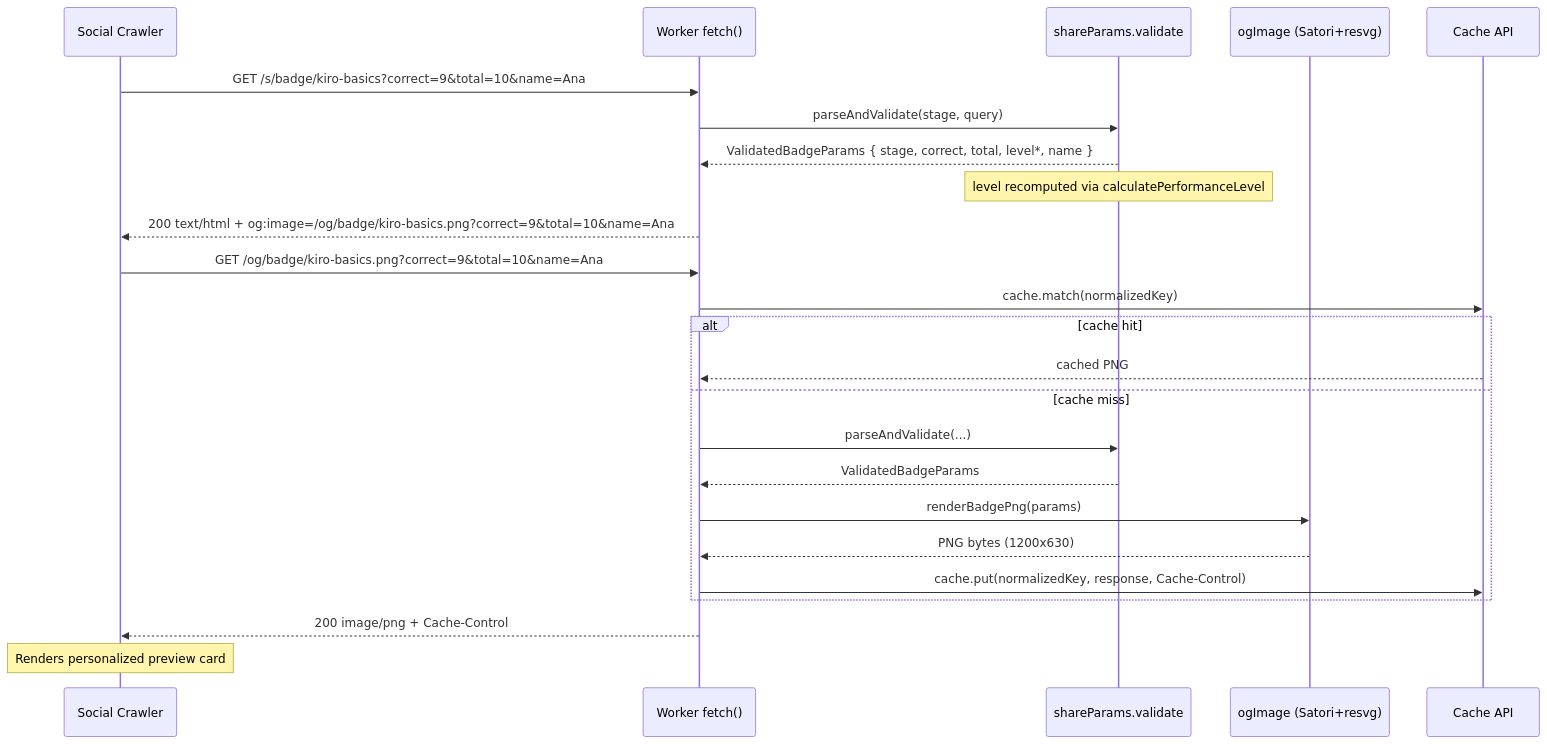
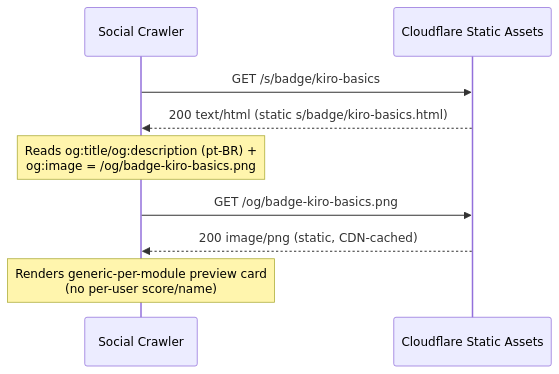
The second of 5 diagrams in .kiro/specs/dynamic-social-share-preview/design.md (gabrielgons/kiro-quest), drawn with Mermaid before and after one commit. The commit also changed other lines of this file and 3 other files, not shown here.

First line of the commit message:
docs: pivot social share preview spec to static build-time approach (no Cloudflare cost)

````diff
--- a/.kiro/specs/dynamic-social-share-preview/design.md
+++ b/.kiro/specs/dynamic-social-share-preview/design.md
@@ -147,27 +177,12 @@
 ```mermaid
 sequenceDiagram
     participant Bot as Social Crawler
-    participant W as Worker fetch()
-    participant V as shareParams.validate
-    participant R as ogImage (Satori+resvg)
-    participant C as Cache API
+    participant CDN as Cloudflare Static Assets
 
-    Bot->>W: GET /s/badge/kiro-basics?correct=9&total=10&name=Ana
-    W->>V: parseAndValidate(stage, query)
-    V-->>W: ValidatedBadgeParams { stage, correct, total, level*, name }
-    Note over V: level recomputed via calculatePerformanceLevel
-    W-->>Bot: 200 text/html + og:image=/og/badge/kiro-basics.png?correct=9&total=10&name=Ana
-    Bot->>W: GET /og/badge/kiro-basics.png?correct=9&total=10&name=Ana
-    W->>C: cache.match(normalizedKey)
-    alt cache hit
-        C-->>W: cached PNG
-    else cache miss
-        W->>V: parseAndValidate(...)
-        V-->>W: ValidatedBadgeParams
-        W->>R: renderBadgePng(params)
-        R-->>W: PNG bytes (1200x630)
-        W->>C: cache.put(normalizedKey, response, Cache-Control)
-    end
-    W-->>Bot: 200 image/png + Cache-Control
-    Note over Bot: Renders personalized preview card
+    Bot->>CDN: GET /s/badge/kiro-basics
+    CDN-->>Bot: 200 text/html  (static s/badge/kiro-basics.html)
+    Note over Bot: Reads og:title/og:description (pt-BR) +<br/>og:image = /og/badge-kiro-basics.png
+    Bot->>CDN: GET /og/badge-kiro-basics.png
+    CDN-->>Bot: 200 image/png (static, CDN-cached)
+    Note over Bot: Renders generic-per-module preview card<br/>(no per-user score/name)
 ```
````
